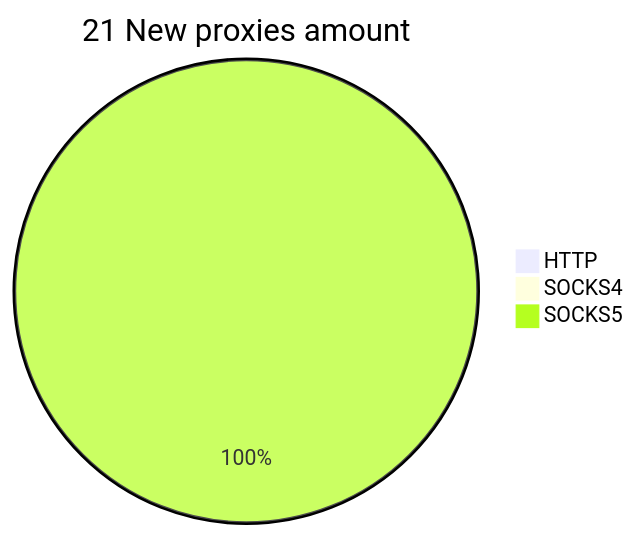
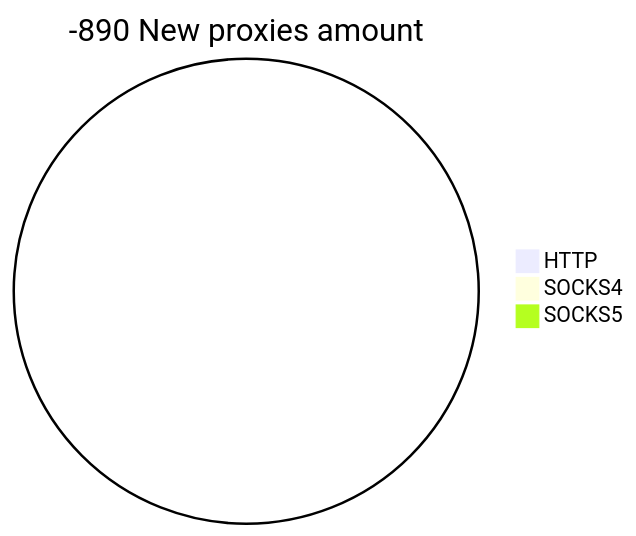
One commit to cutipu/proxylist changed the second of 2 diagrams in README.md. Above: the diagram before and after it, drawn with Mermaid. The commit also changed other lines of this file, not shown here.

````diff
--- a/README.md
+++ b/README.md
@@ -10,6 +10,6 @@
 ```mermaid
-pie title 21 New proxies amount
+pie title -890 New proxies amount
     "HTTP" : 0
     "SOCKS4" : 0
-    "SOCKS5" : 23
+    "SOCKS5" : 0
 ```
````
